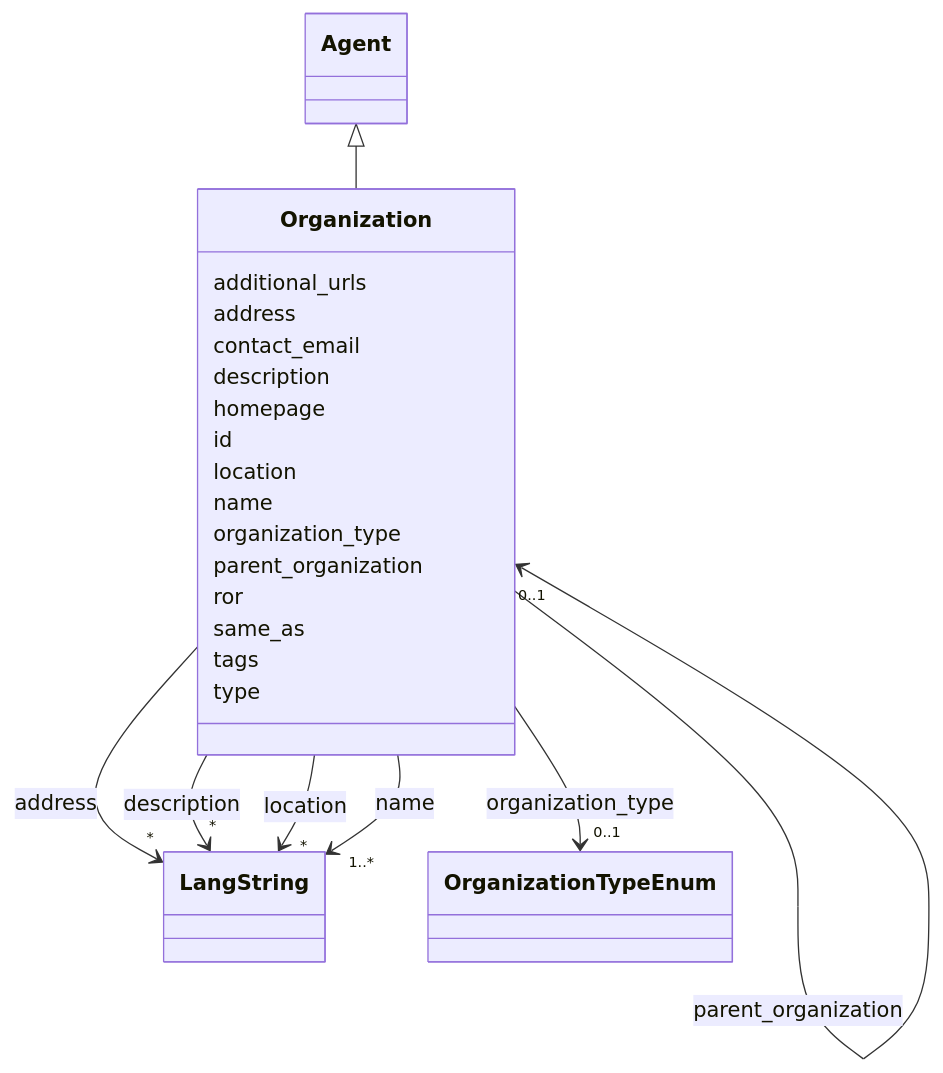
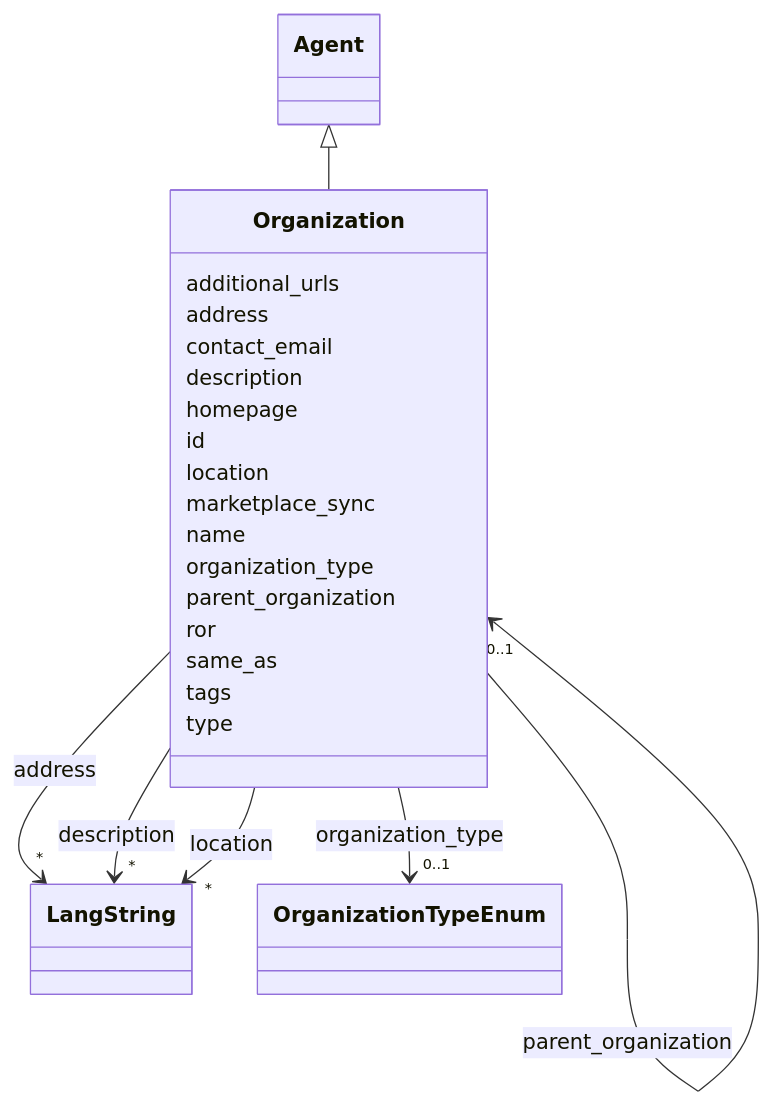
The diagram in docs/classes/Organization.md (DARIAH-IL/idhi-manifests), drawn with Mermaid before and after one commit. The commit also changed other lines of this file and 52 other files, not shown here.

```diff
--- a/docs/classes/Organization.md
+++ b/docs/classes/Organization.md
@@ -75,18 +75,9 @@
     
 
         
+      Organization : marketplace_sync
+        
       Organization : name
-        
-          
-    
-        
-        
-        Organization --> "1..*" LangString : name
-        
-        click LangString href "../../classes/LangString/"
-        
-    
-
         
       Organization : organization_type
         
```
